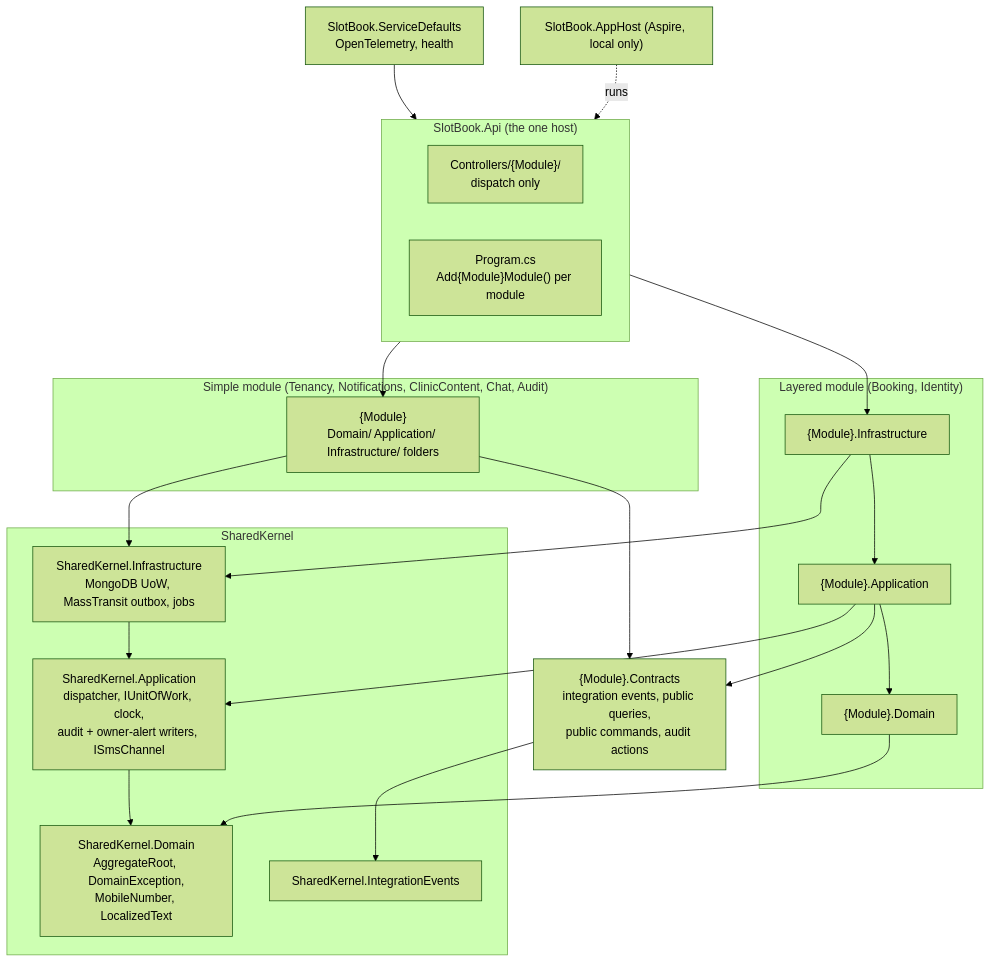
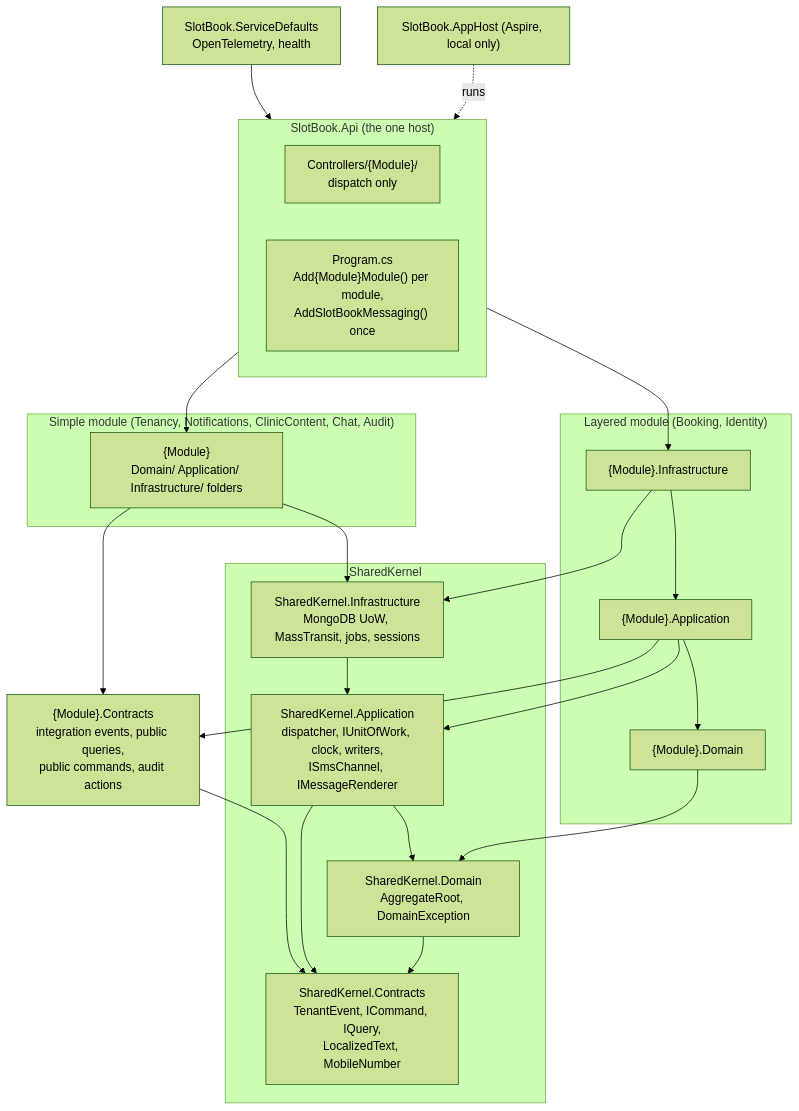
One commit to ashik71/bookingSystem changed the first of 4 diagrams in _bmad-output/initiative-booking-management/architecture-slotbook/architecture-slotbook.md. Above: the diagram before and after it, drawn with Mermaid (forest theme). The commit also changed other lines of this file and 8 other files, not shown here.

First line of the commit message:
docs: restructure architecture spine after the rubric review

````diff
--- a/_bmad-output/initiative-booking-management/architecture-slotbook/architecture-slotbook.md
+++ b/_bmad-output/initiative-booking-management/architecture-slotbook/architecture-slotbook.md
@@ -46,29 +56,31 @@
 ```mermaid
 flowchart TB
     subgraph Host["SlotBook.Api (the one host)"]
         Ctl["Controllers/{Module}/<br/>dispatch only"]
-        Prog["Program.cs<br/>Add{Module}Module() per module"]
+        Prog["Program.cs<br/>Add{Module}Module() per module,<br/>AddSlotBookMessaging() once"]
     end
     subgraph Layered["Layered module (Booking, Identity)"]
         LI["{Module}.Infrastructure"] --> LA["{Module}.Application"] --> LD["{Module}.Domain"]
     end
     subgraph Simple["Simple module (Tenancy, Notifications, ClinicContent, Chat, Audit)"]
         SM["{Module}<br/>Domain/ Application/ Infrastructure/ folders"]
     end
     LC["{Module}.Contracts<br/>integration events, public queries,<br/>public commands, audit actions"]
     subgraph SK["SharedKernel"]
-        SKI["SharedKernel.Infrastructure<br/>MongoDB UoW, MassTransit outbox, jobs"] --> SKA["SharedKernel.Application<br/>dispatcher, IUnitOfWork, clock,<br/>audit + owner-alert writers, ISmsChannel"] --> SKD["SharedKernel.Domain<br/>AggregateRoot, DomainException,<br/>MobileNumber, LocalizedText"]
-        SKE["SharedKernel.IntegrationEvents"]
+        SKI["SharedKernel.Infrastructure<br/>MongoDB UoW, MassTransit, jobs, sessions"] --> SKA["SharedKernel.Application<br/>dispatcher, IUnitOfWork, clock, writers,<br/>ISmsChannel, IMessageRenderer"] --> SKD["SharedKernel.Domain<br/>AggregateRoot, DomainException"]
+        SKC["SharedKernel.Contracts<br/>TenantEvent, ICommand, IQuery,<br/>LocalizedText, MobileNumber"]
     end
     Host --> LI
     Host --> SM
     LA --> LC
     SM --> LC
-    LC --> SKE
+    LC --> SKC
+    SKA --> SKC
+    SKD --> SKC
     LI --> SKI
     LA --> SKA
     LD --> SKD
     SM --> SKI
     Defaults["SlotBook.ServiceDefaults<br/>OpenTelemetry, health"] --> Host
     AppHost["SlotBook.AppHost (Aspire, local only)"] -.runs.-> Host
 ```
````
